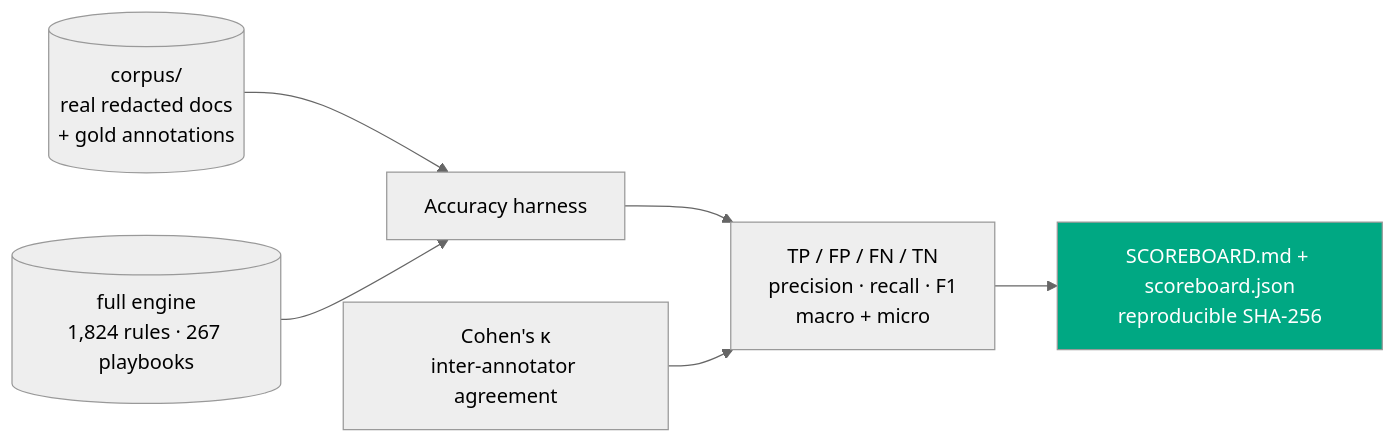
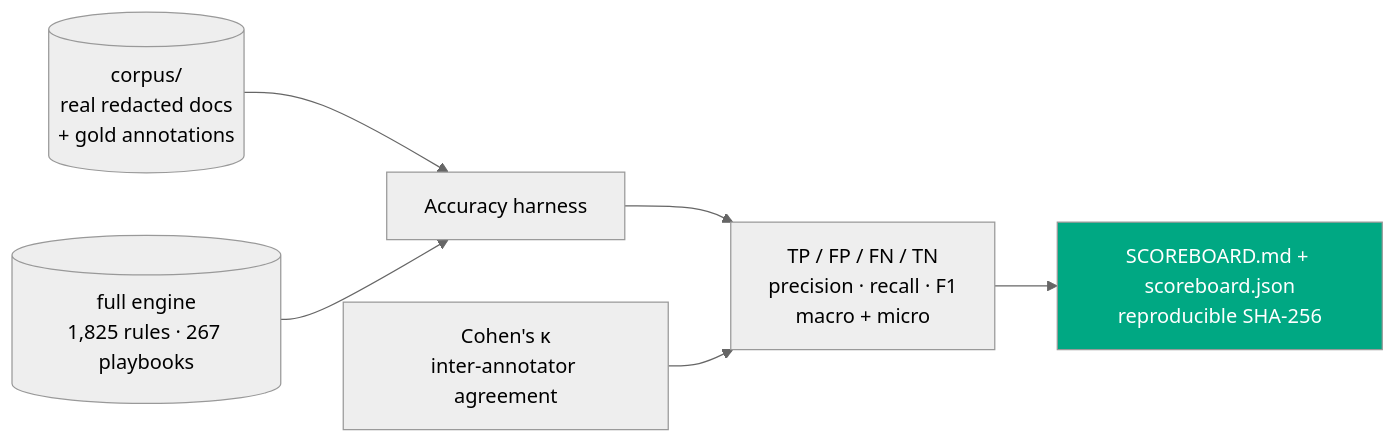
One commit to clay-good/vaulytica changed the seventh of 11 diagrams in README.md. Above: the diagram before and after it, drawn with Mermaid (neutral theme). The commit also changed other lines of this file and 379 other files, not shown here.

````diff
--- a/README.md
+++ b/README.md
@@ -1213,9 +1213,9 @@
 ```mermaid
 flowchart LR
   C[(corpus/<br/>real redacted docs<br/>+ gold annotations)] --> H[Accuracy harness]
-  R[(full engine<br/>1,824 rules · 267 playbooks)] --> H
+  R[(full engine<br/>1,825 rules · 267 playbooks)] --> H
   H --> M[TP / FP / FN / TN<br/>precision · recall · F1<br/>macro + micro]
   M --> S[SCOREBOARD.md + scoreboard.json<br/>reproducible SHA-256]
   K[Cohen's κ<br/>inter-annotator agreement] --> M
   style S fill:#00A883,color:#fff
 ```
````
